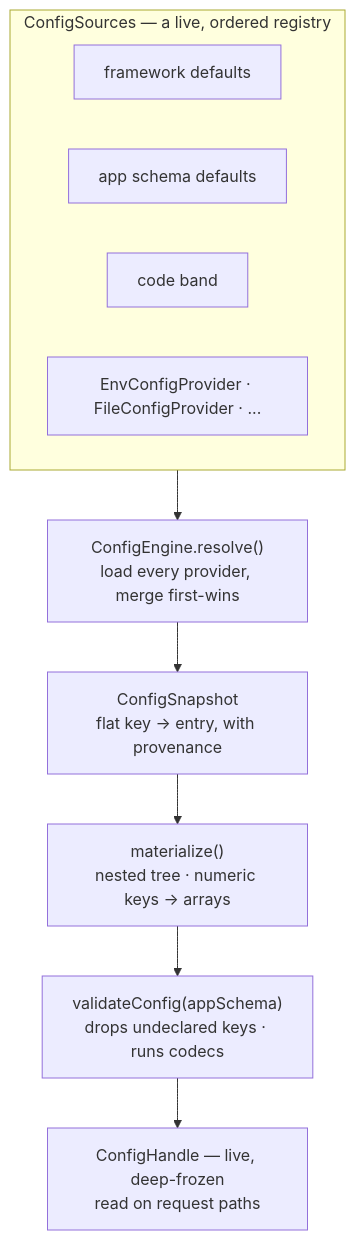
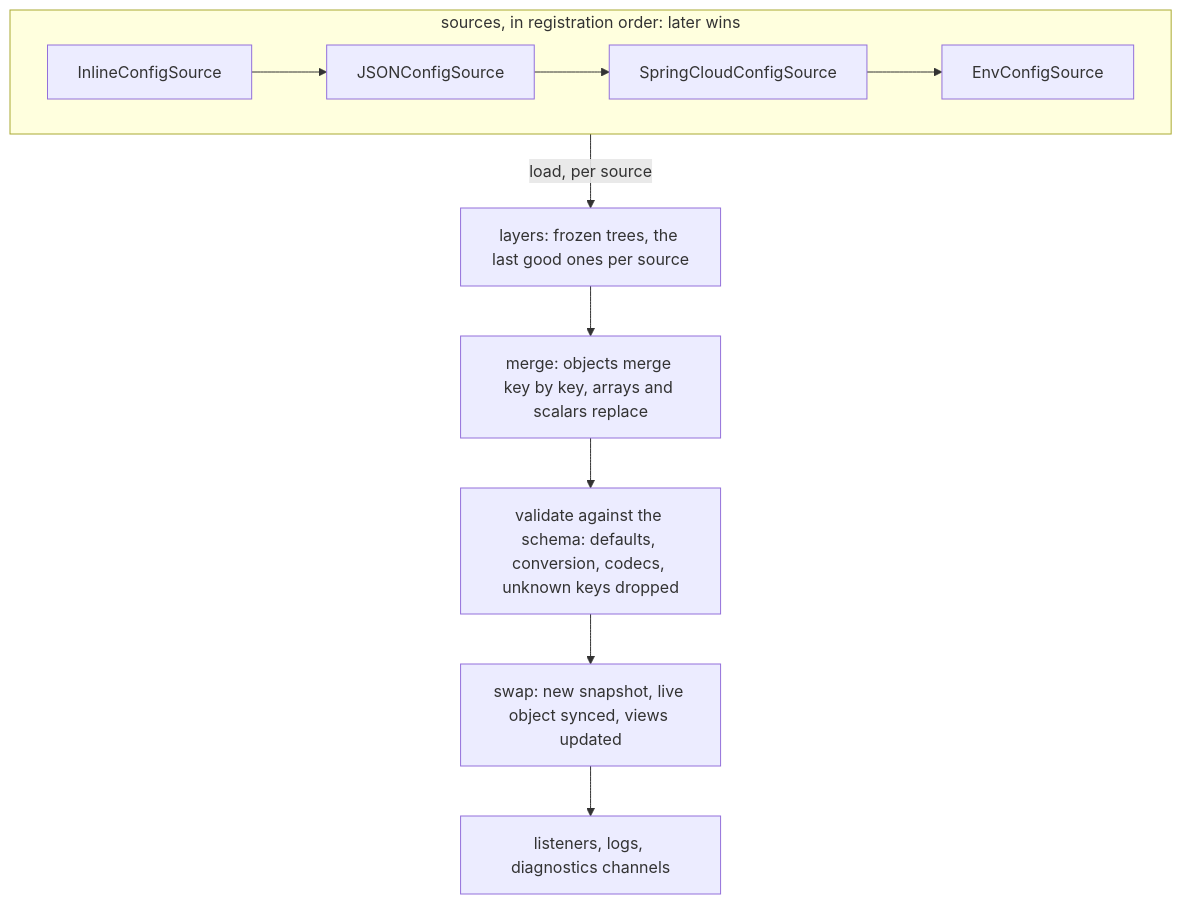
One commit to caffeinejs/caffeine changed the first of 2 diagrams in std/config/README.md. Above: the diagram before and after it, drawn with Mermaid. The commit also changed other lines of this file and 182 other files, not shown here.

Commit message:
refactor(config): improve and simplify the config framework (#29)

````diff
--- a/std/config/README.md
+++ b/std/config/README.md
@@ -27,15 +34,12 @@
 ```mermaid
 flowchart TB
-  subgraph reg["ConfigSources — a live, ordered registry"]
+  subgraph S["sources, in registration order: later wins"]
     direction LR
-    fw["framework defaults"]
-    sd["app schema defaults"]
-    cd["code band"]
-    us["EnvConfigProvider · FileConfigProvider · ..."]
+    s1["InlineConfigSource"] --> s2["JSONConfigSource"] --> s3["SpringCloudConfigSource"] --> s4["EnvConfigSource"]
   end
-  reg --> eng["ConfigEngine.resolve()\nload every provider, merge first-wins"]
-  eng --> snap["ConfigSnapshot\nflat key → entry, with provenance"]
-  snap --> mat["materialize()\nnested tree · numeric keys → arrays"]
-  mat --> root["validateConfig(appSchema)\ndrops undeclared keys · runs codecs"]
-  root --> handle["ConfigHandle — live, deep-frozen\nread on request paths"]
+  S -->|"load, per source"| C["layers: frozen trees, the last good ones per source"]
+  C --> M["merge: objects merge key by key, arrays and scalars replace"]
+  M --> V["validate against the schema: defaults, conversion, codecs, unknown keys dropped"]
+  V --> W["swap: new snapshot, live object synced, views updated"]
+  W --> N["listeners, logs, diagnostics channels"]
 ```
````
